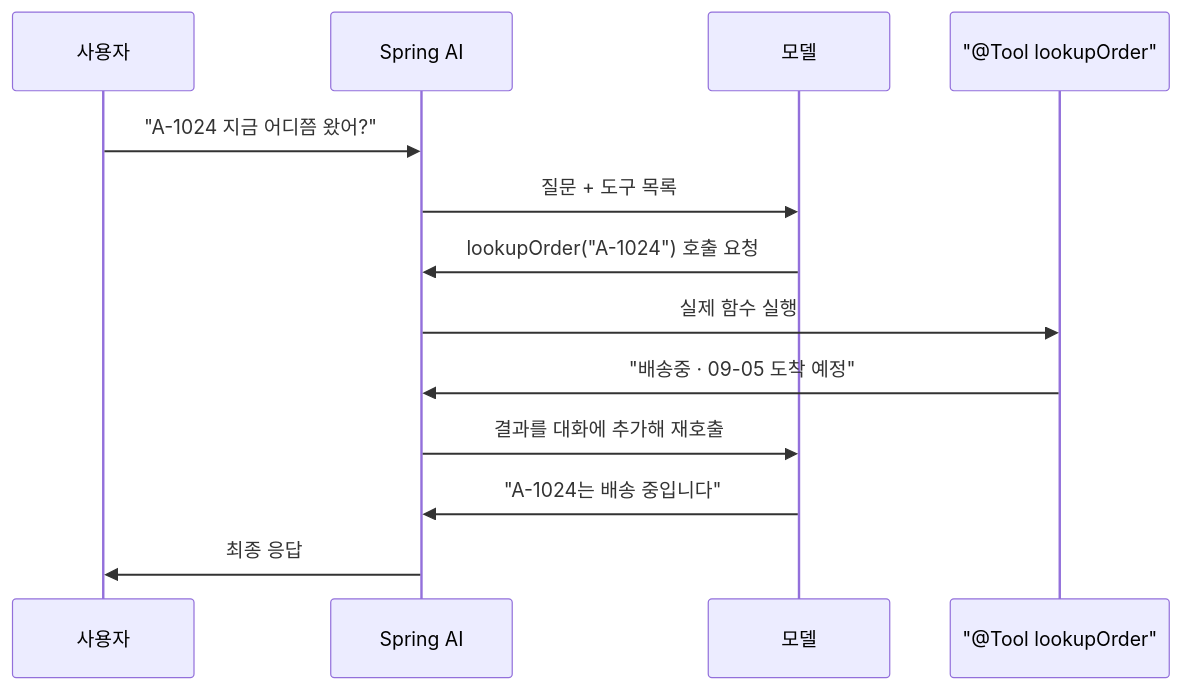
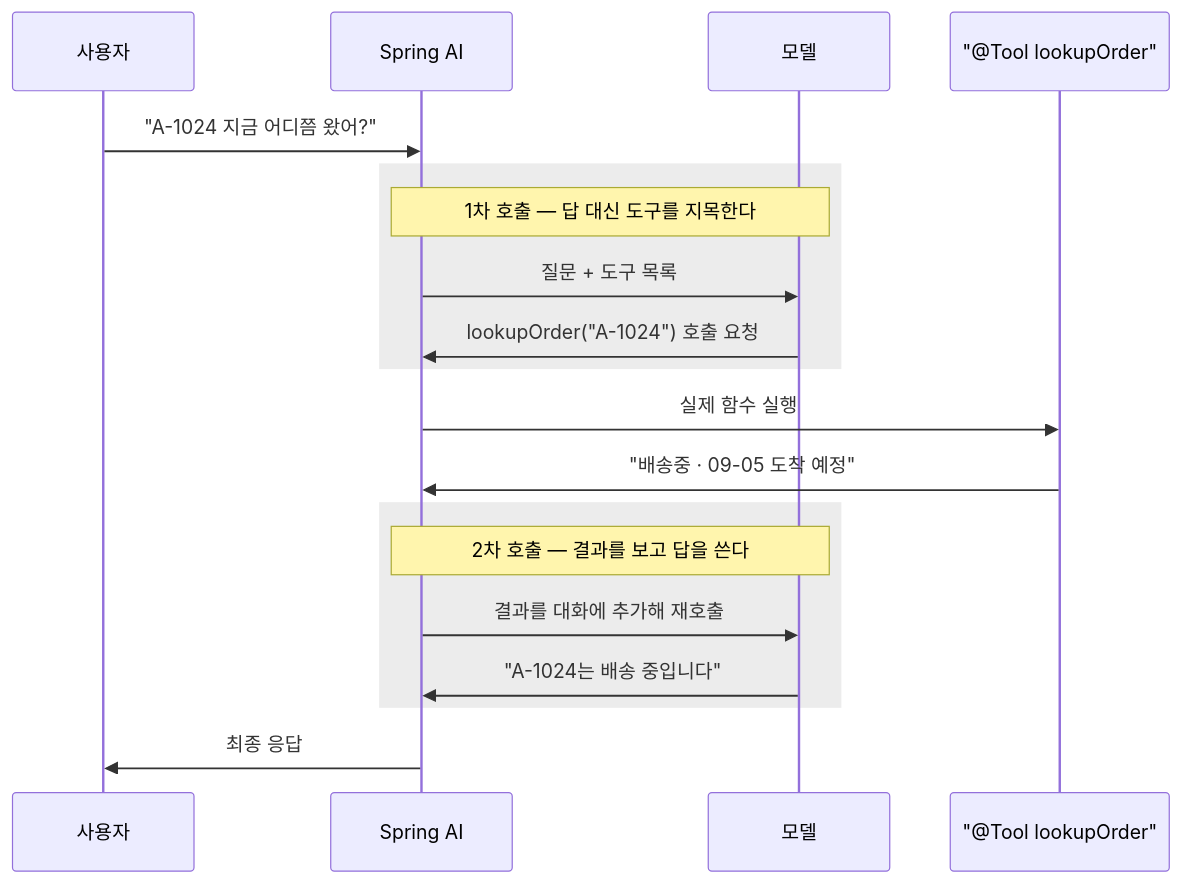
One commit to devjune/ai-study changed the sixth of 22 diagrams in docs/phase2/Spring AI로 구현하는 에이전틱 패턴.md. Above: the diagram before and after it, drawn with Mermaid. The commit also changed other lines of this file, not shown here.

````diff
--- a/docs/phase2/Spring AI로 구현하는 에이전틱 패턴.md
+++ b/docs/phase2/Spring AI로 구현하는 에이전틱 패턴.md
@@ -219,15 +231,21 @@
 ```mermaid
 sequenceDiagram
     participant U as 사용자
     participant App as Spring AI
     participant LLM as 모델
     participant Fn as "@Tool lookupOrder"
     U->>App: "A-1024 지금 어디쯤 왔어?"
-    App->>LLM: 질문 + 도구 목록
-    LLM->>App: lookupOrder("A-1024") 호출 요청
+    rect rgba(128, 128, 128, 0.15)
+        Note over App,LLM: 1차 호출 — 답 대신 도구를 지목한다
+        App->>LLM: 질문 + 도구 목록
+        LLM->>App: lookupOrder("A-1024") 호출 요청
+    end
     App->>Fn: 실제 함수 실행
     Fn->>App: "배송중 · 09-05 도착 예정"
-    App->>LLM: 결과를 대화에 추가해 재호출
-    LLM->>App: "A-1024는 배송 중입니다"
+    rect rgba(128, 128, 128, 0.15)
+        Note over App,LLM: 2차 호출 — 결과를 보고 답을 쓴다
+        App->>LLM: 결과를 대화에 추가해 재호출
+        LLM->>App: "A-1024는 배송 중입니다"
+    end
     App->>U: 최종 응답
 ```
````
